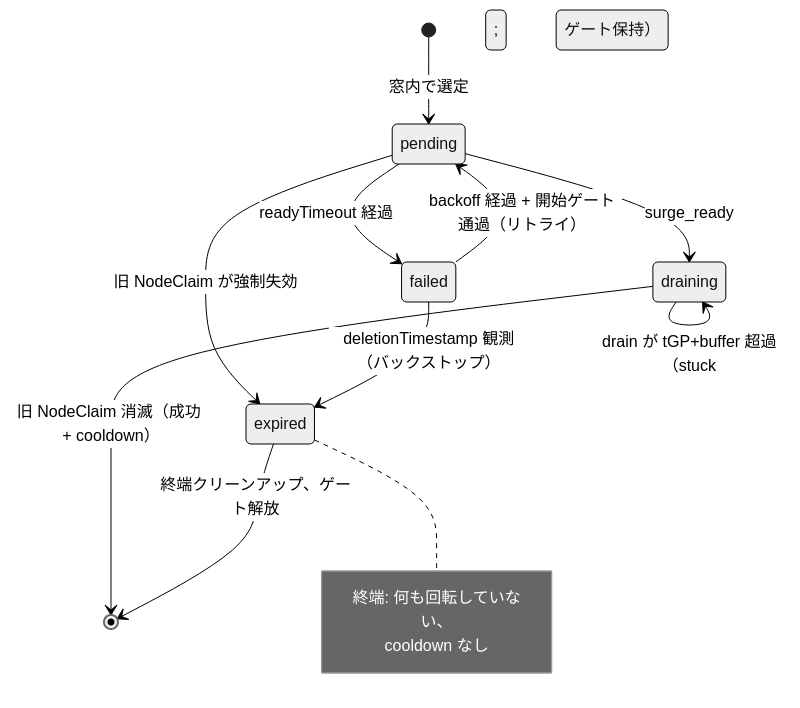
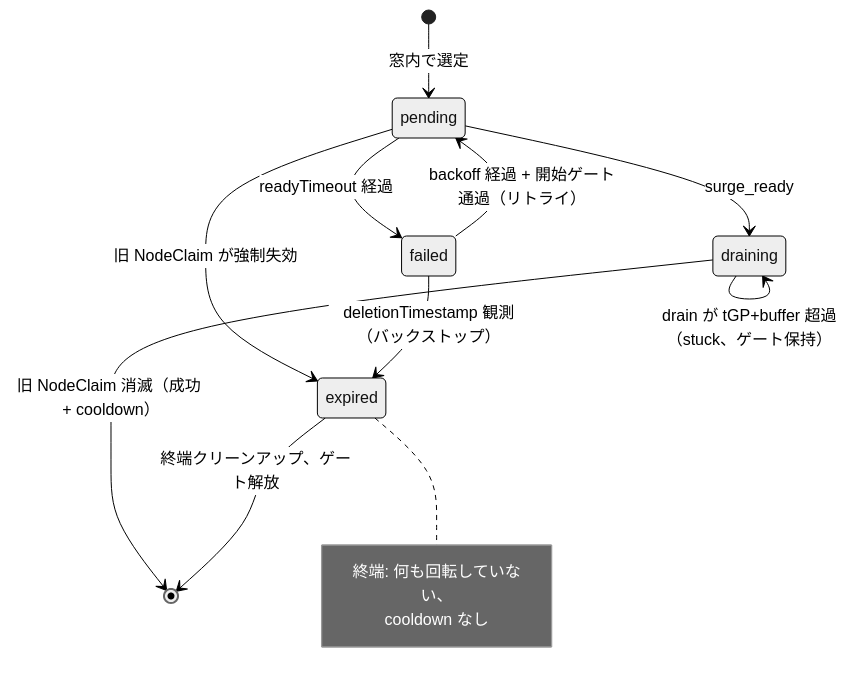
Before and after one commit to AkashiSN/node-rotation-controller: the fifth of 5 diagrams in docs/ja/specification.md, drawn with Mermaid (neutral theme). The commit also changed 1 other file, not shown here.

Commit message:
docs(spec): fix stray nodes in §5.3 state diagram (semicolon in label)
The `draining --> draining` stuck self-loop label contained a `;`, which
stateDiagram-v2 treats as a statement separator (like sequenceDiagram) — so
rendering produced stray `;`, `gate`, `held)` state boxes. mermaid.parse()
accepted it (a `;` split is valid syntax), so only an actual render caught it.
Replace the `;` with `,` (EN) / `、` (JA).

````diff
--- a/docs/ja/specification.md
+++ b/docs/ja/specification.md
@@ -805,16 +805,16 @@
 ```mermaid
 stateDiagram-v2
     [*] --> pending: 窓内で選定
     pending --> draining: surge_ready
     pending --> failed: readyTimeout 経過
     pending --> expired: 旧 NodeClaim が強制失効
     draining --> [*]: 旧 NodeClaim 消滅（成功 + cooldown）
     failed --> pending: backoff 経過 + 開始ゲート通過（リトライ）
     failed --> expired: deletionTimestamp 観測（バックストップ）
     expired --> [*]: 終端クリーンアップ、ゲート解放
-    draining --> draining: drain が tGP+buffer 超過（stuck; ゲート保持）
+    draining --> draining: drain が tGP+buffer 超過（stuck、ゲート保持）
     note right of expired
         終端: 何も回転していない、
         cooldown なし
     end note
 ```
````
